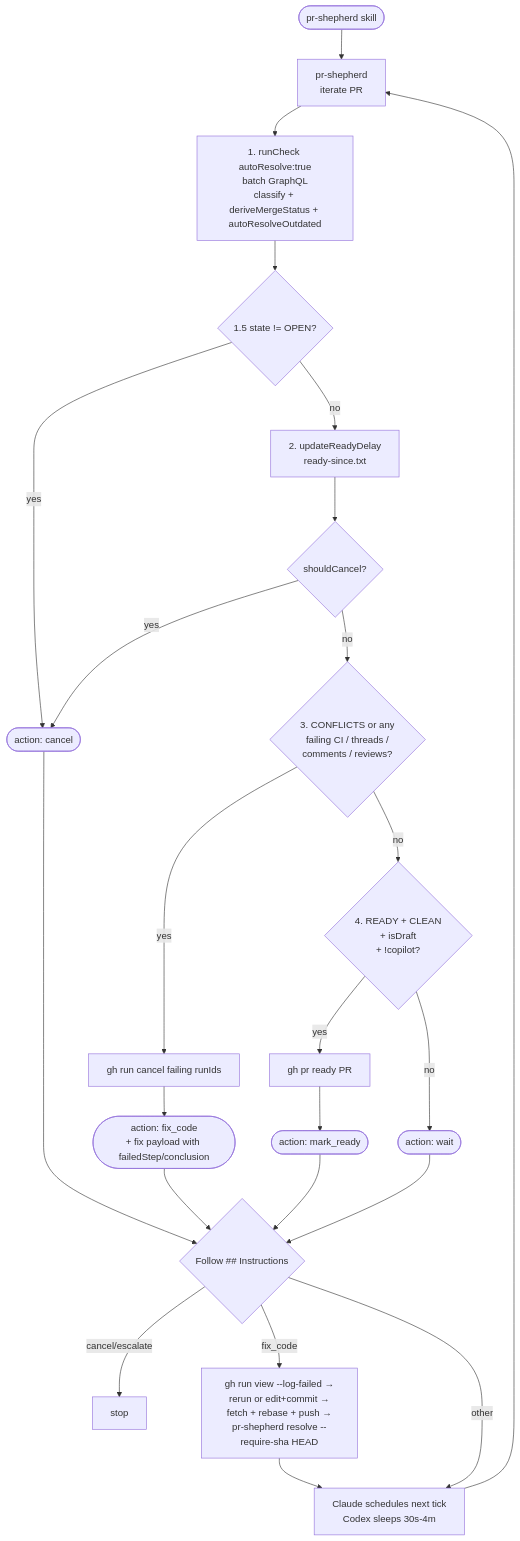
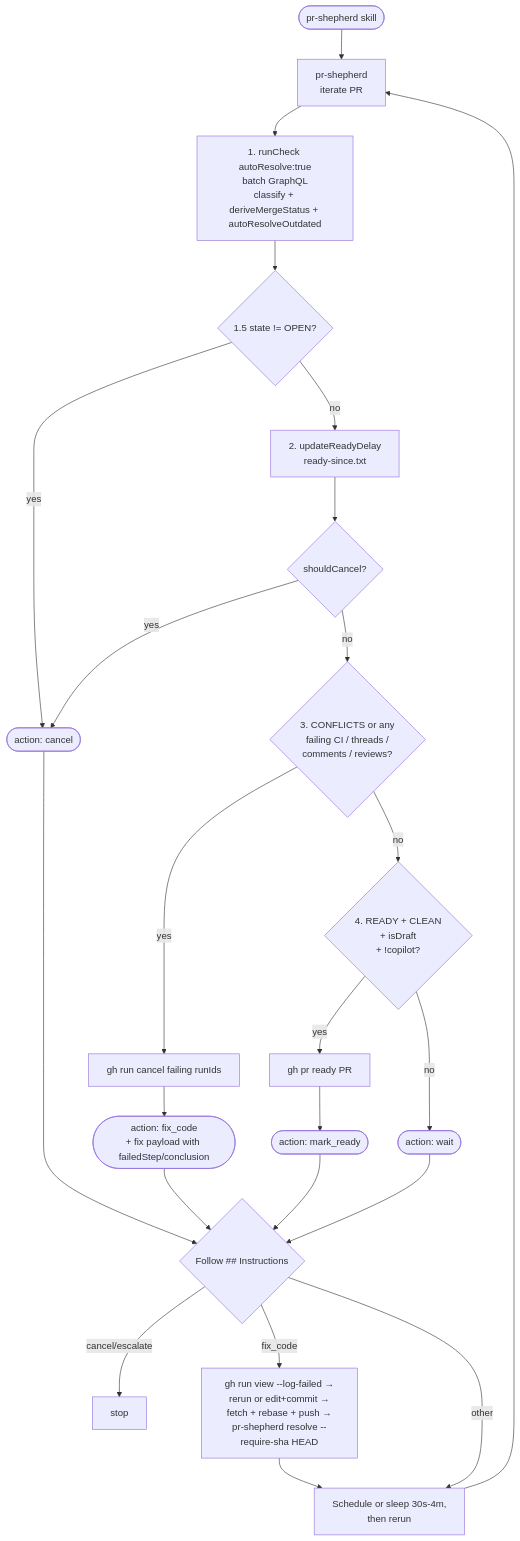
The diagram in docs/flow.md (jonathanong/pr-shepherd), drawn with Mermaid before and after one commit. The commit also changed 100 other files, not shown here.

First line of the commit message:
Remove Codex vs. Claude runtime code paths (#227)

````diff
--- a/docs/flow.md
+++ b/docs/flow.md
@@ -3,30 +3,30 @@
 ```mermaid
 flowchart TD
   U(["pr-shepherd skill"]) --> ITER[pr-shepherd<br/>iterate PR]
 
   ITER --> S1[1. runCheck autoResolve:true<br/>batch GraphQL<br/>classify + deriveMergeStatus + autoResolveOutdated]
 
   S1 --> S15{1.5 state != OPEN?}
   S15 -->|yes| A_CAN([action: cancel])
   S15 -->|no| S2[2. updateReadyDelay<br/>ready-since.txt]
   S2 --> S2C{shouldCancel?}
   S2C -->|yes| A_CAN
   S2C -->|no| S3{3. CONFLICTS or any<br/>failing CI / threads /<br/>comments / reviews?}
   S3 -->|yes| S3X[gh run cancel failing runIds]
   S3X --> A_FIX([action: fix_code<br/>+ fix payload with failedStep/conclusion])
   S3 -->|no| S4{4. READY + CLEAN<br/>+ isDraft<br/>+ !copilot?}
   S4 -->|yes| S4X[gh pr ready PR]
   S4X --> A_MR([action: mark_ready])
   S4 -->|no| A_W([action: wait])
 
   A_CAN --> DEC{Follow ## Instructions}
   A_FIX --> DEC
   A_MR --> DEC
   A_W --> DEC
 
   DEC -->|cancel/escalate| STOP["stop"]
   DEC -->|fix_code| FIX[gh run view --log-failed →<br/>rerun or edit+commit →<br/>fetch + rebase + push →<br/>pr-shepherd resolve --require-sha HEAD]
-  FIX --> SLEEP[Claude schedules next tick<br/>Codex sleeps 30s-4m]
+  FIX --> SLEEP[Schedule or sleep 30s-4m,<br/>then rerun]
   DEC -->|other| SLEEP
   SLEEP --> ITER
 ```
````
